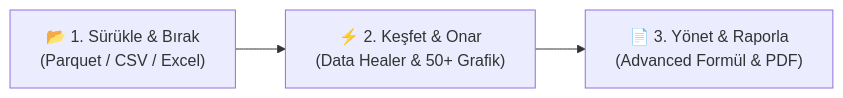
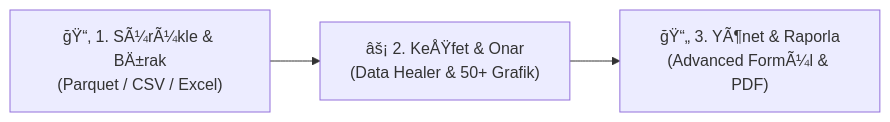
Before and after one commit to UmutcaNN00/dataviz: the diagram in README.md, drawn with Mermaid. The commit also changed other lines of this file and 2 other files, not shown here.

````diff
--- a/README.md
+++ b/README.md
@@ -44,5 +52,5 @@
 ```mermaid
 flowchart LR
-    A["📂 1. Sürükle & Bırak\n(Parquet / CSV / Excel)"] --> B["⚡ 2. Keşfet & Onar\n(Data Healer & 50+ Grafik)"]
-    B --> C["📄 3. Yönet & Raporla\n(Advanced Formül & PDF)"]
+    A["ğŸ“‚ 1. SÃ¼rÃ¼kle & BÄ±rak\n(Parquet / CSV / Excel)"] --> B["âš¡ 2. KeÅŸfet & Onar\n(Data Healer & 50+ Grafik)"]
+    B --> C["ğŸ“„ 3. YÃ¶net & Raporla\n(Advanced FormÃ¼l & PDF)"]
 ```
````
